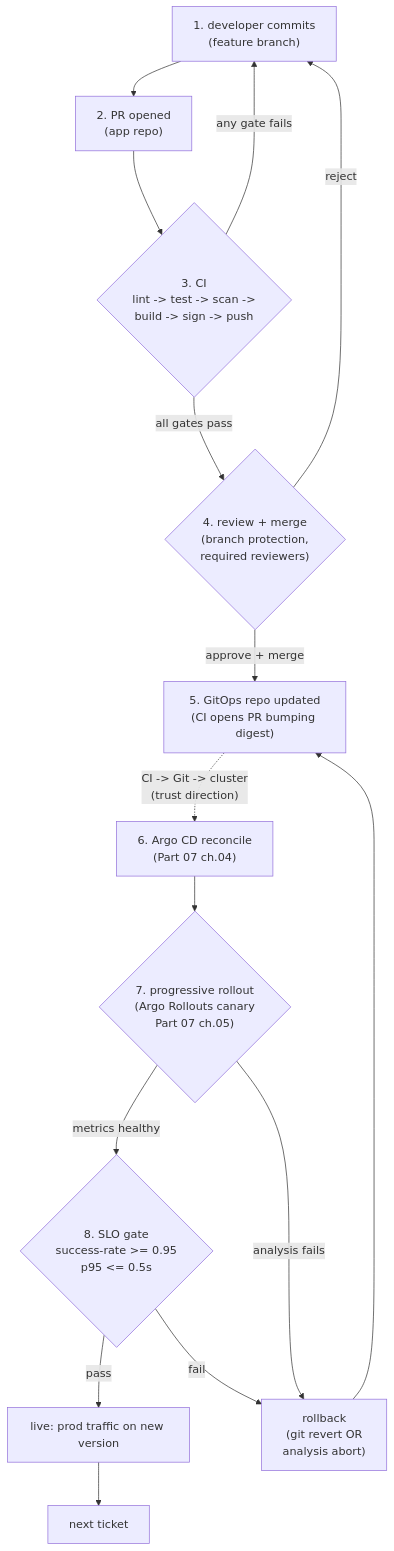
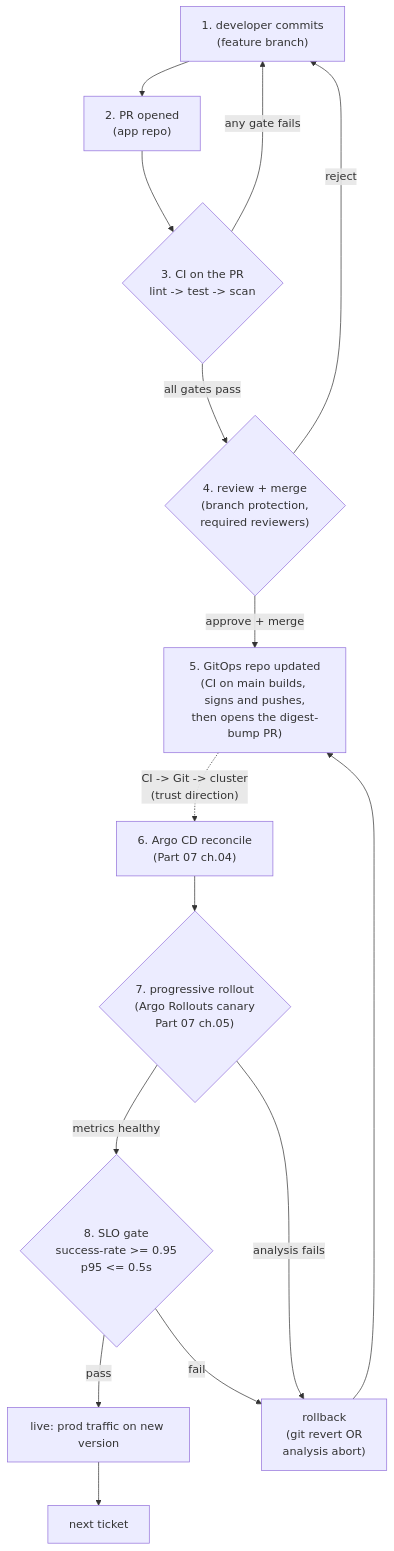
One commit to abd-ulbasit/bookstore-kubernetes-guide changed the diagram in full-guide/15-day-to-day-production-ops/01-pr-to-production-lifecycle.md. Above: the diagram before and after it, drawn with Mermaid. The commit also changed other lines of this file, not shown here.

````diff
--- a/full-guide/15-day-to-day-production-ops/01-pr-to-production-lifecycle.md
+++ b/full-guide/15-day-to-day-production-ops/01-pr-to-production-lifecycle.md
@@ -111,28 +121,28 @@
 ```mermaid
 flowchart TD
     dev["1. developer commits<br/>(feature branch)"]
     pr["2. PR opened<br/>(app repo)"]
-    ci{"3. CI<br/>lint -> test -> scan -><br/>build -> sign -> push"}
+    ci{"3. CI on the PR<br/>lint -> test -> scan"}
     rev{"4. review + merge<br/>(branch protection,<br/>required reviewers)"}
-    gops["5. GitOps repo updated<br/>(CI opens PR bumping digest)"]
+    gops["5. GitOps repo updated<br/>(CI on main builds, signs and pushes,<br/>then opens the digest-bump PR)"]
     argo["6. Argo CD reconcile<br/>(Part 07 ch.04)"]
     canary{"7. progressive rollout<br/>(Argo Rollouts canary<br/>Part 07 ch.05)"}
     slo{"8. SLO gate<br/>success-rate &gt;= 0.95<br/>p95 &lt;= 0.5s"}
     prod["live: prod traffic on new version"]
     rollback["rollback<br/>(git revert OR<br/>analysis abort)"]
     next["next ticket"]
 
     dev --> pr --> ci
     ci -- "any gate fails" --> dev
     ci -- "all gates pass" --> rev
     rev -- "reject" --> dev
     rev -- "approve + merge" --> gops
     gops -. "CI -&gt; Git -&gt; cluster<br/>(trust direction)" .-> argo
     argo --> canary
     canary -- "metrics healthy" --> slo
     canary -- "analysis fails" --> rollback
     slo -- "pass" --> prod
     slo -- "fail" --> rollback
     rollback --> gops
     prod --> next
 ```
````
